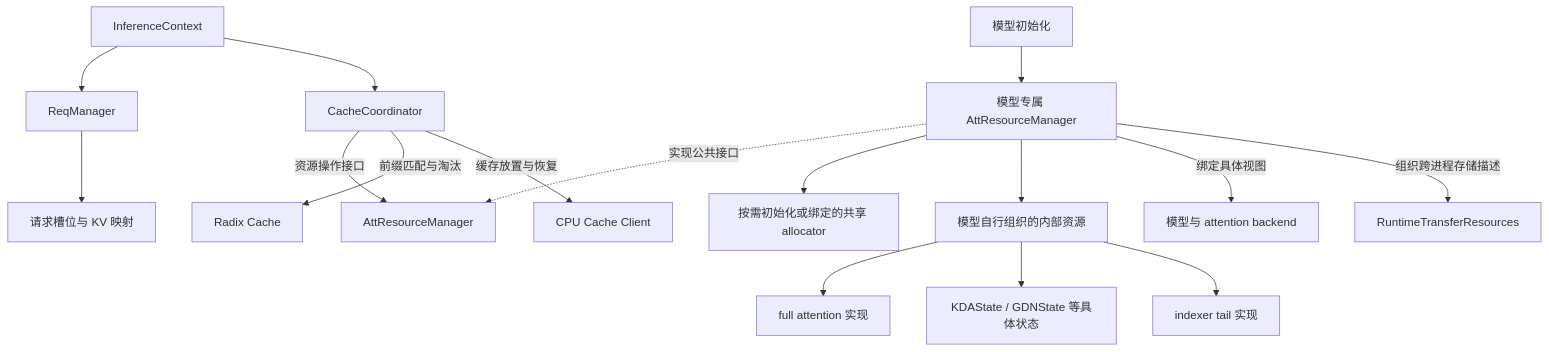
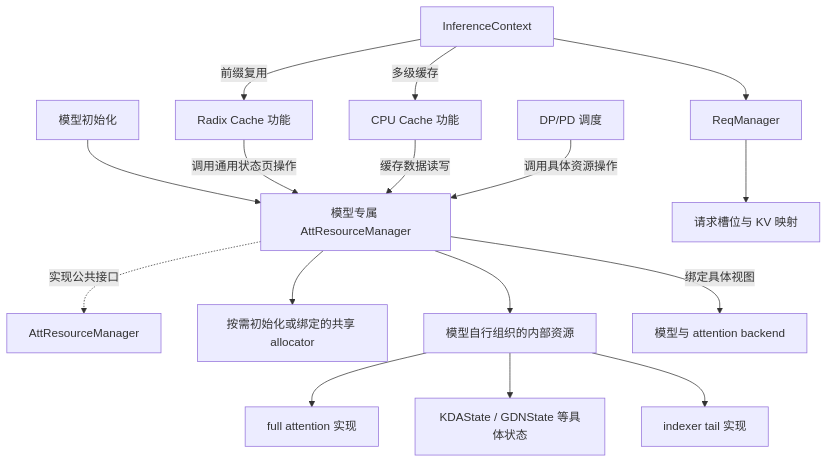
The diagram in docs/cache_manager_design.md (ModelTC/LightLLM), drawn with Mermaid before and after one commit. The commit also changed other lines of this file, not shown here.

````diff
--- a/docs/cache_manager_design.md
+++ b/docs/cache_manager_design.md
@@ -30,18 +31,18 @@
 ```mermaid
 flowchart TD
     Model[模型初始化] --> Concrete[模型专属 AttResourceManager]
     Concrete -.->|实现公共接口| API[AttResourceManager]
     Context[InferenceContext] --> Req[ReqManager]
     Req --> Slots[请求槽位与 KV 映射]
-    Context --> Coordinator[CacheCoordinator]
-    Coordinator -->|资源操作接口| API
-    Coordinator -->|前缀匹配与淘汰| Radix[Radix Cache]
-    Coordinator -->|缓存放置与恢复| CPU[CPU Cache Client]
+    Context -->|前缀复用| Radix[Radix Cache 功能]
+    Context -->|多级缓存| CPU[CPU Cache 功能]
+    Radix -->|调用通用状态页操作| Concrete
+    CPU -->|缓存数据读写| Concrete
     Concrete --> Alloc[按需初始化或绑定的共享 allocator]
     Concrete --> Internal[模型自行组织的内部资源]
     Internal --> Full[full attention 实现]
     Internal --> Linear[KDAState / GDNState 等具体状态]
     Internal --> Indexer[indexer tail 实现]
     Concrete -->|绑定具体视图| Forward[模型与 attention backend]
-    Concrete -->|组织跨进程存储描述| Transfer[RuntimeTransferResources]
+    Transport[DP/PD 调度] -->|调用具体资源操作| Concrete
 ```
````
